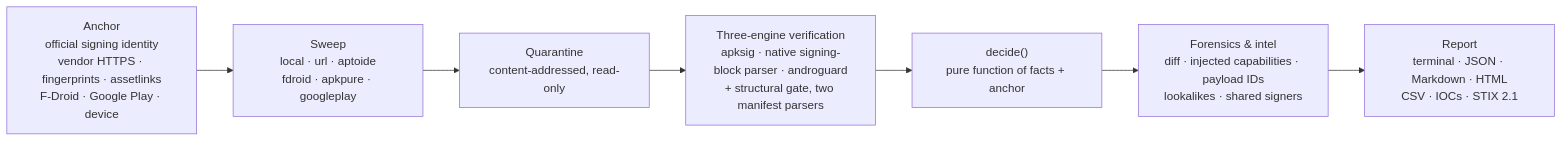
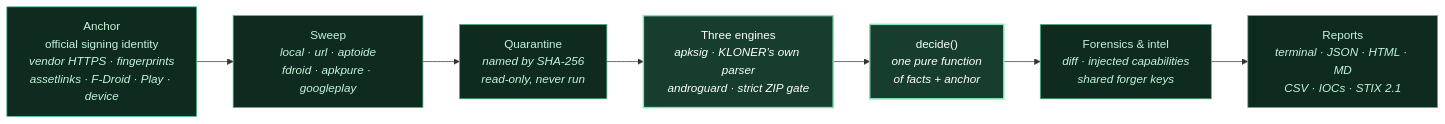
The second of 4 diagrams in README.md (0xKript/KLONER), drawn with Mermaid before and after one commit. The commit also changed other lines of this file and 16 other files, not shown here.

````diff
--- a/README.md
+++ b/README.md
@@ -134,9 +116,13 @@
 ```mermaid
 flowchart LR
-    A["Anchor<br/>official signing identity<br/>vendor HTTPS · fingerprints · assetlinks<br/>F-Droid · Google Play · device"] --> S["Sweep<br/>local · url · aptoide<br/>fdroid · apkpure · googleplay"]
-    S --> Q["Quarantine<br/>content-addressed, read-only"]
-    Q --> V["Three-engine verification<br/>apksig · native signing-block parser · androguard<br/>+ structural gate, two manifest parsers"]
-    V --> D["decide()<br/>pure function of facts + anchor"]
-    D --> F["Forensics & intel<br/>diff · injected capabilities · payload IDs<br/>lookalikes · shared signers"]
-    F --> R["Report<br/>terminal · JSON · Markdown · HTML<br/>CSV · IOCs · STIX 2.1"]
+    A["Anchor<br/>official signing identity<br/><i>vendor HTTPS · fingerprints<br/>assetlinks · F-Droid · Play · device</i>"] --> S["Sweep<br/><i>local · url · aptoide<br/>fdroid · apkpure · googleplay</i>"]
+    S --> Q["Quarantine<br/><i>named by SHA-256<br/>read-only, never run</i>"]
+    Q --> V["Three engines<br/><i>apksig · KLONER's own parser<br/>androguard · strict ZIP gate</i>"]
+    V --> D["decide()<br/><i>one pure function<br/>of facts + anchor</i>"]
+    D --> F["Forensics & intel<br/><i>diff · injected capabilities<br/>shared forger keys</i>"]
+    F --> R["Reports<br/><i>terminal · JSON · HTML · MD<br/>CSV · IOCs · STIX 2.1</i>"]
+    classDef node fill:#0f2a1f,stroke:#45bf88,color:#c2f5da
+    classDef core fill:#163d2d,stroke:#7fe6b3,stroke-width:2px,color:#ffffff
+    class A,S,Q,F,R node
+    class V,D core
 ```
````
